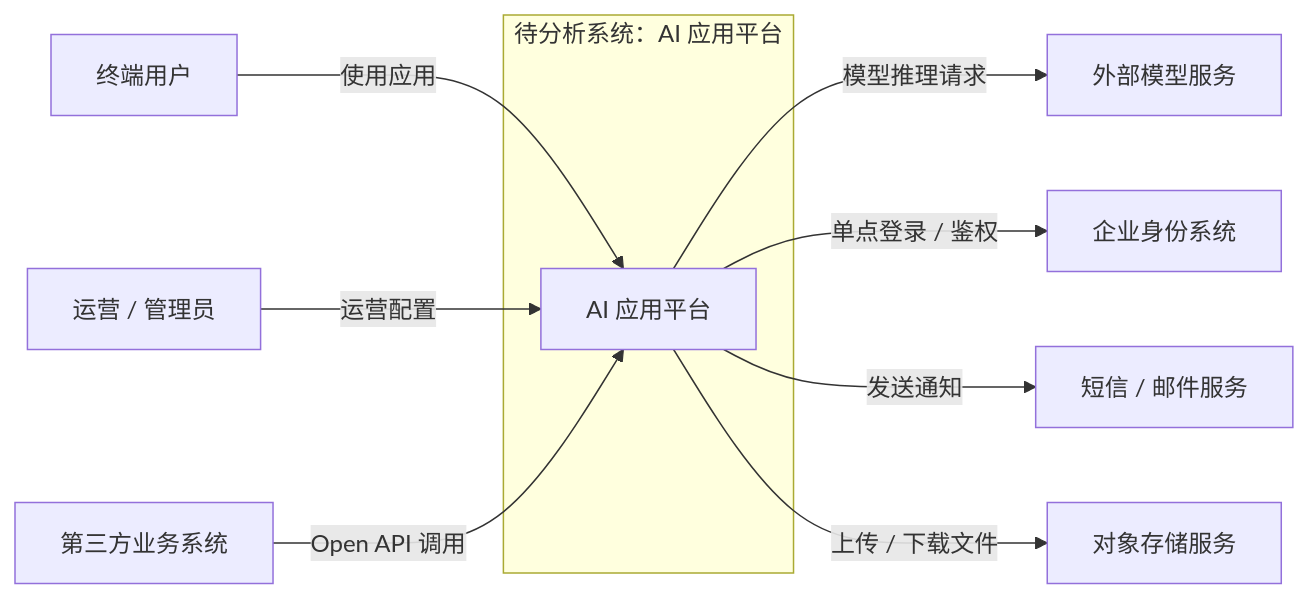
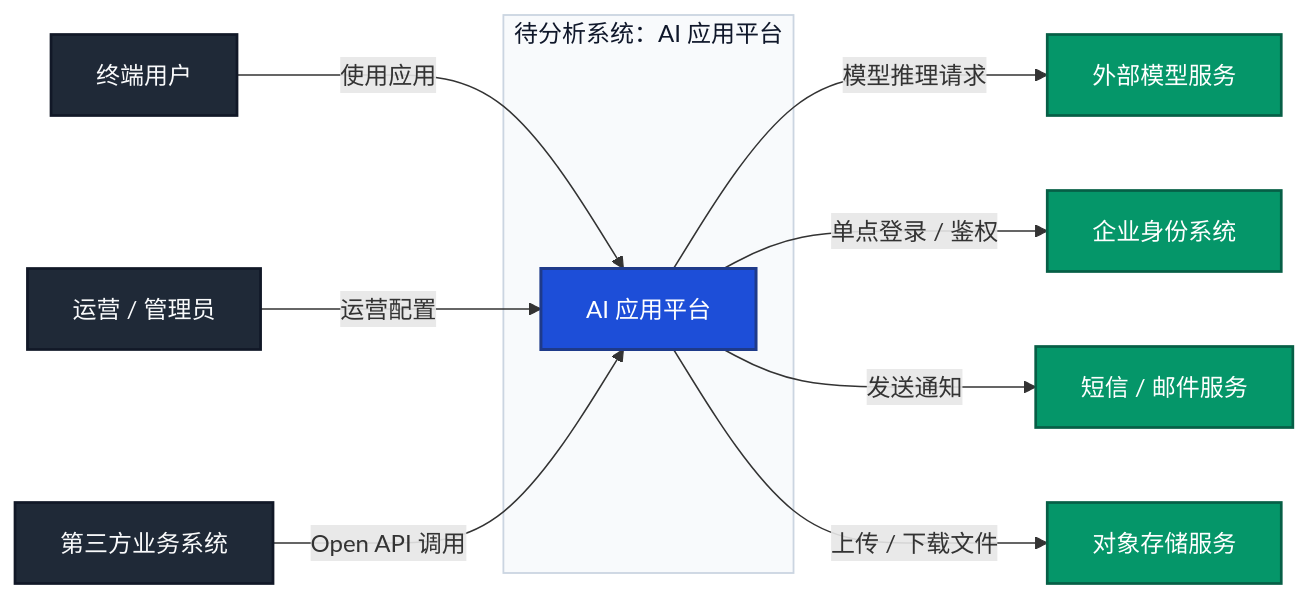
One commit to amuqiao/FastAPI-MVC changed the diagram in 7.提示词与AI协作/分析维度与标准出图/系统上下文图.md. Above: the diagram before and after it, drawn with Mermaid. The commit also changed other lines of this file and 23 other files, not shown here.

````diff
--- a/7.提示词与AI协作/分析维度与标准出图/系统上下文图.md
+++ b/7.提示词与AI协作/分析维度与标准出图/系统上下文图.md
@@ -35,23 +40,33 @@
 ```mermaid
 flowchart LR
     User["终端用户"]
     Operator["运营 / 管理员"]
     Partner["第三方业务系统"]
 
     subgraph SYSTEM["待分析系统：AI 应用平台"]
         Core["AI 应用平台"]
     end
 
     LLM["外部模型服务"]
     SSO["企业身份系统"]
     Notify["短信 / 邮件服务"]
     Storage["对象存储服务"]
 
     User -->|使用应用| Core
     Operator -->|运营配置| Core
     Partner -->|Open API 调用| Core
     Core -->|模型推理请求| LLM
     Core -->|单点登录 / 鉴权| SSO
     Core -->|发送通知| Notify
     Core -->|上传 / 下载文件| Storage
+
+    classDef actorStyle fill:#1f2937,stroke:#111827,stroke-width:1.8px,color:#f9fafb
+    classDef systemStyle fill:#1d4ed8,stroke:#1e3a8a,stroke-width:2px,color:#ffffff
+    classDef externalStyle fill:#059669,stroke:#065f46,stroke-width:1.8px,color:#ffffff
+    classDef layerStyle fill:#f8fafc,stroke:#cbd5e1,stroke-width:1.2px,color:#0f172a
+
+    class User,Operator,Partner actorStyle
+    class Core systemStyle
+    class LLM,SSO,Notify,Storage externalStyle
+    class SYSTEM layerStyle
 ```
````
